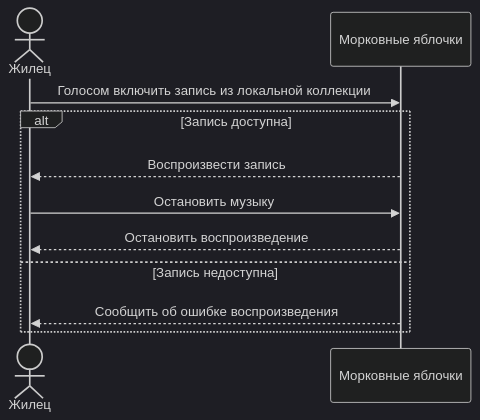
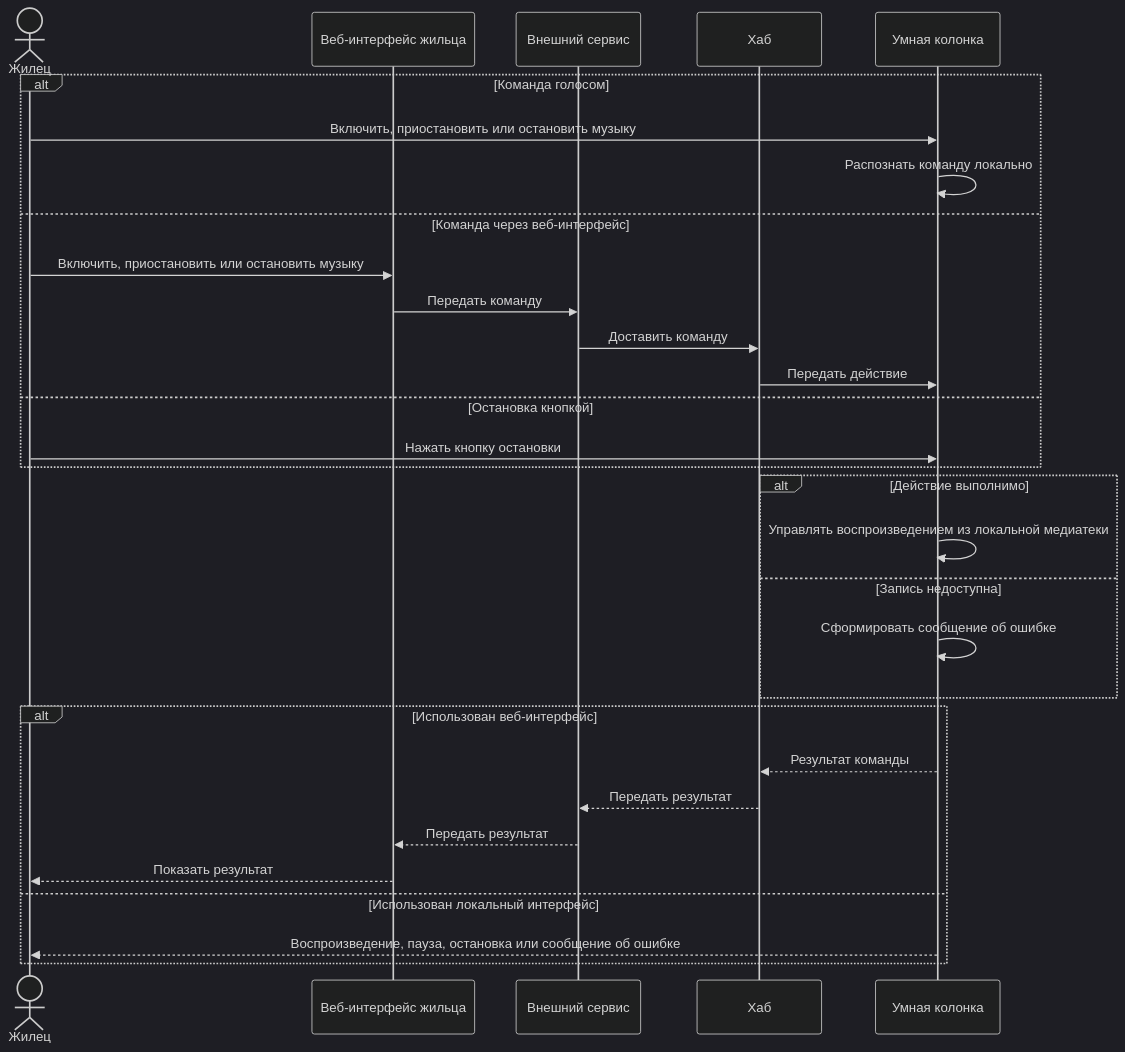
Before and after one commit to BPLA-Team/carrot-apples: the diagram in customer_side/base_scenarios/S04_MUSIC.md, drawn with Mermaid (dark theme). The commit also changed other lines of this file and 5 other files, not shown here.

````diff
--- a/customer_side/base_scenarios/S04_MUSIC.md
+++ b/customer_side/base_scenarios/S04_MUSIC.md
@@ -3,13 +3,32 @@
 ```mermaid
 sequenceDiagram
     actor R as Жилец
-    participant H as Морковные яблочки
-    R->>H: Голосом включить запись из локальной коллекции
-    alt Запись доступна
-        H-->>R: Воспроизвести запись
-        R->>H: Остановить музыку
-        H-->>R: Остановить воспроизведение
+    participant W as Веб-интерфейс жильца
+    participant S as Внешний сервис
+    participant H as Хаб
+    participant K as Умная колонка
+    alt Команда голосом
+        R->>K: Включить, приостановить или остановить музыку
+        K->>K: Распознать команду локально
+    else Команда через веб-интерфейс
+        R->>W: Включить, приостановить или остановить музыку
+        W->>S: Передать команду
+        S->>H: Доставить команду
+        H->>K: Передать действие
+    else Остановка кнопкой
+        R->>K: Нажать кнопку остановки
+    end
+    alt Действие выполнимо
+        K->>K: Управлять воспроизведением из локальной медиатеки
     else Запись недоступна
-        H-->>R: Сообщить об ошибке воспроизведения
+        K->>K: Сформировать сообщение об ошибке
+    end
+    alt Использован веб-интерфейс
+        K-->>H: Результат команды
+        H-->>S: Передать результат
+        S-->>W: Передать результат
+        W-->>R: Показать результат
+    else Использован локальный интерфейс
+        K-->>R: Воспроизведение, пауза, остановка или сообщение об ошибке
     end
 ```
````
